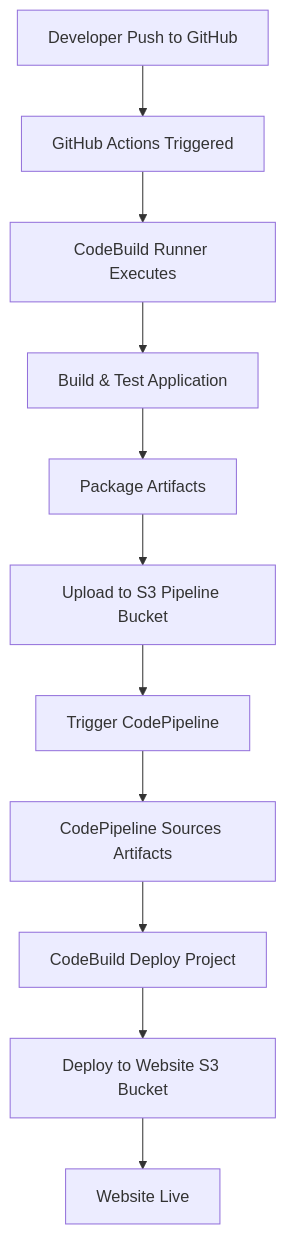
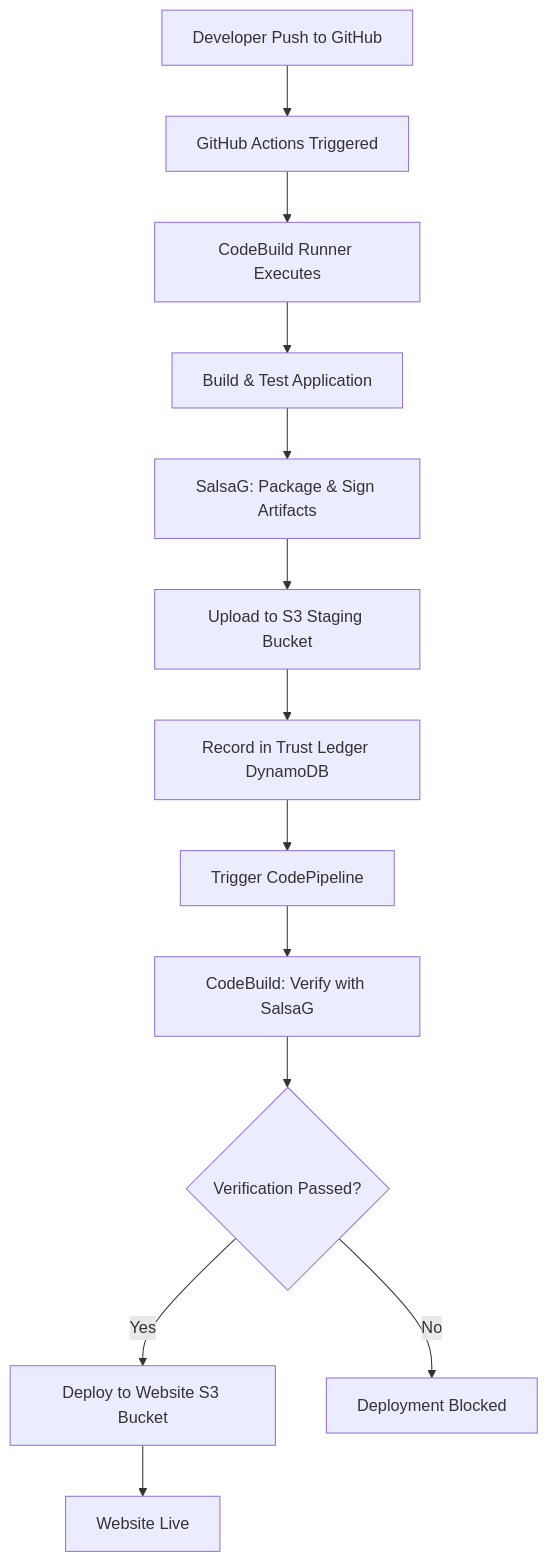
Before and after one commit to tanishk97/MICS295Capstone: the first of 3 diagrams in README.md, drawn with Mermaid. The commit also changed other lines of this file, not shown here.

Commit message:
Update README with SalsaG trust pipeline implementation

````diff
--- a/README.md
+++ b/README.md
@@ -9,13 +9,15 @@
 ```mermaid
 graph TD
     A[Developer Push to GitHub] --> B[GitHub Actions Triggered]
     B --> C[CodeBuild Runner Executes]
     C --> D[Build & Test Application]
-    D --> E[Package Artifacts]
-    E --> F[Upload to S3 Pipeline Bucket]
-    F --> G[Trigger CodePipeline]
-    G --> H[CodePipeline Sources Artifacts]
-    H --> I[CodeBuild Deploy Project]
-    I --> J[Deploy to Website S3 Bucket]
-    J --> K[Website Live]
+    D --> E[SalsaG: Package & Sign Artifacts]
+    E --> F[Upload to S3 Staging Bucket]
+    F --> G[Record in Trust Ledger DynamoDB]
+    G --> H[Trigger CodePipeline]
+    H --> I[CodeBuild: Verify with SalsaG]
+    I --> J{Verification Passed?}
+    J -->|Yes| K[Deploy to Website S3 Bucket]
+    J -->|No| L[Deployment Blocked]
+    K --> M[Website Live]
 ```
````
